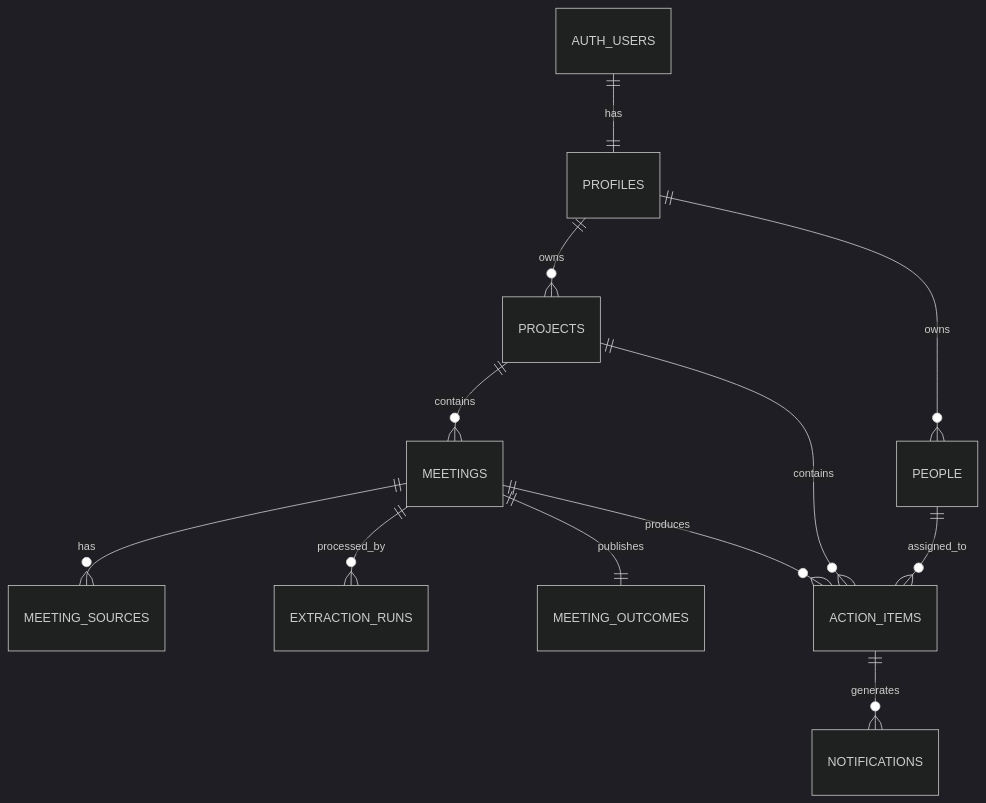
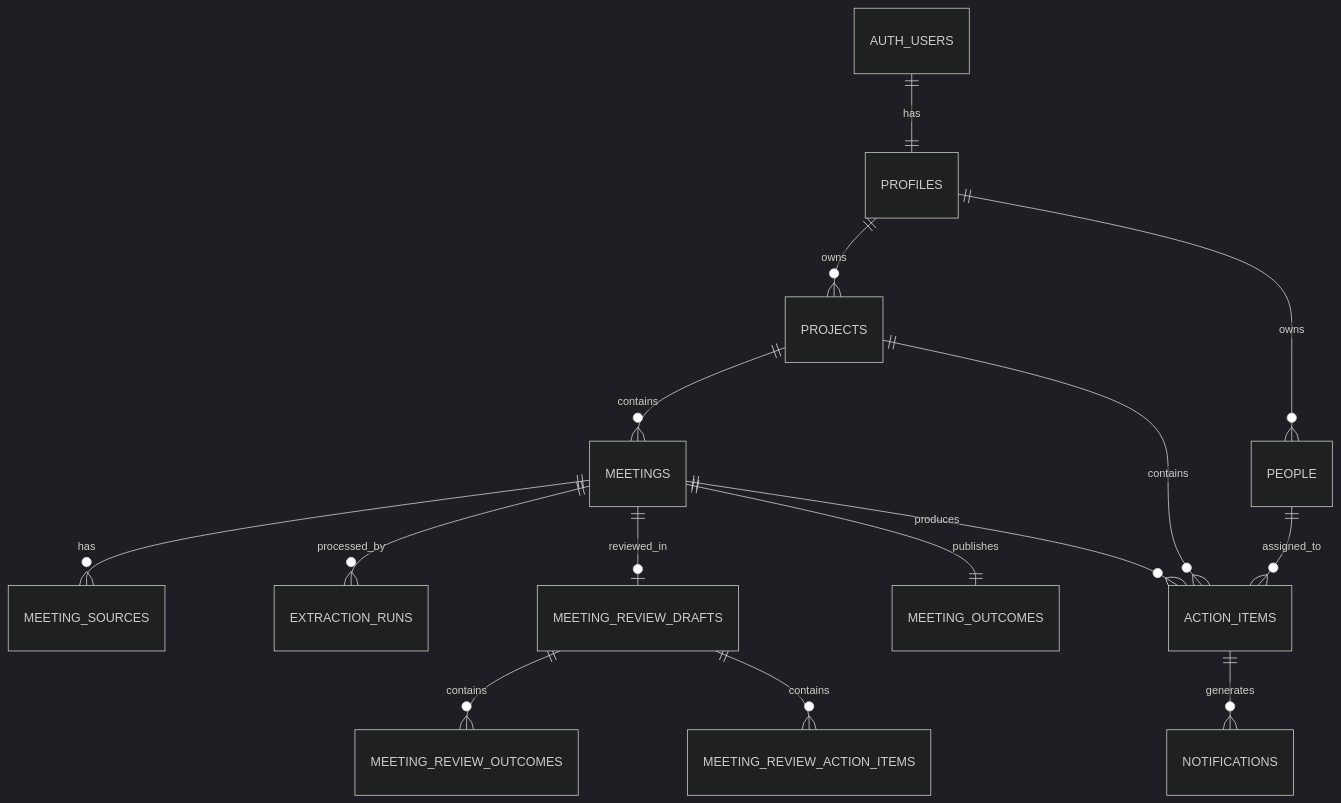
The diagram in docs/DATABASE_SCHEMA.md (keisharyaa/smart-meeting-workspace), drawn with Mermaid (dark theme) before and after one commit. The commit also changed other lines of this file and 35 other files, not shown here.

Commit message:
feat: implement AI extraction and human review drafts

````diff
--- a/docs/DATABASE_SCHEMA.md
+++ b/docs/DATABASE_SCHEMA.md
@@ -5,14 +5,17 @@
 ```mermaid
 erDiagram
     AUTH_USERS ||--|| PROFILES : has
     PROFILES ||--o{ PROJECTS : owns
     PROFILES ||--o{ PEOPLE : owns
     PROJECTS ||--o{ MEETINGS : contains
     MEETINGS ||--o{ MEETING_SOURCES : has
     MEETINGS ||--o{ EXTRACTION_RUNS : processed_by
+    MEETINGS ||--o| MEETING_REVIEW_DRAFTS : reviewed_in
+    MEETING_REVIEW_DRAFTS ||--o{ MEETING_REVIEW_OUTCOMES : contains
+    MEETING_REVIEW_DRAFTS ||--o{ MEETING_REVIEW_ACTION_ITEMS : contains
     MEETINGS ||--|| MEETING_OUTCOMES : publishes
     PROJECTS ||--o{ ACTION_ITEMS : contains
     MEETINGS ||--o{ ACTION_ITEMS : produces
     PEOPLE ||--o{ ACTION_ITEMS : assigned_to
     ACTION_ITEMS ||--o{ NOTIFICATIONS : generates
 ```
````
